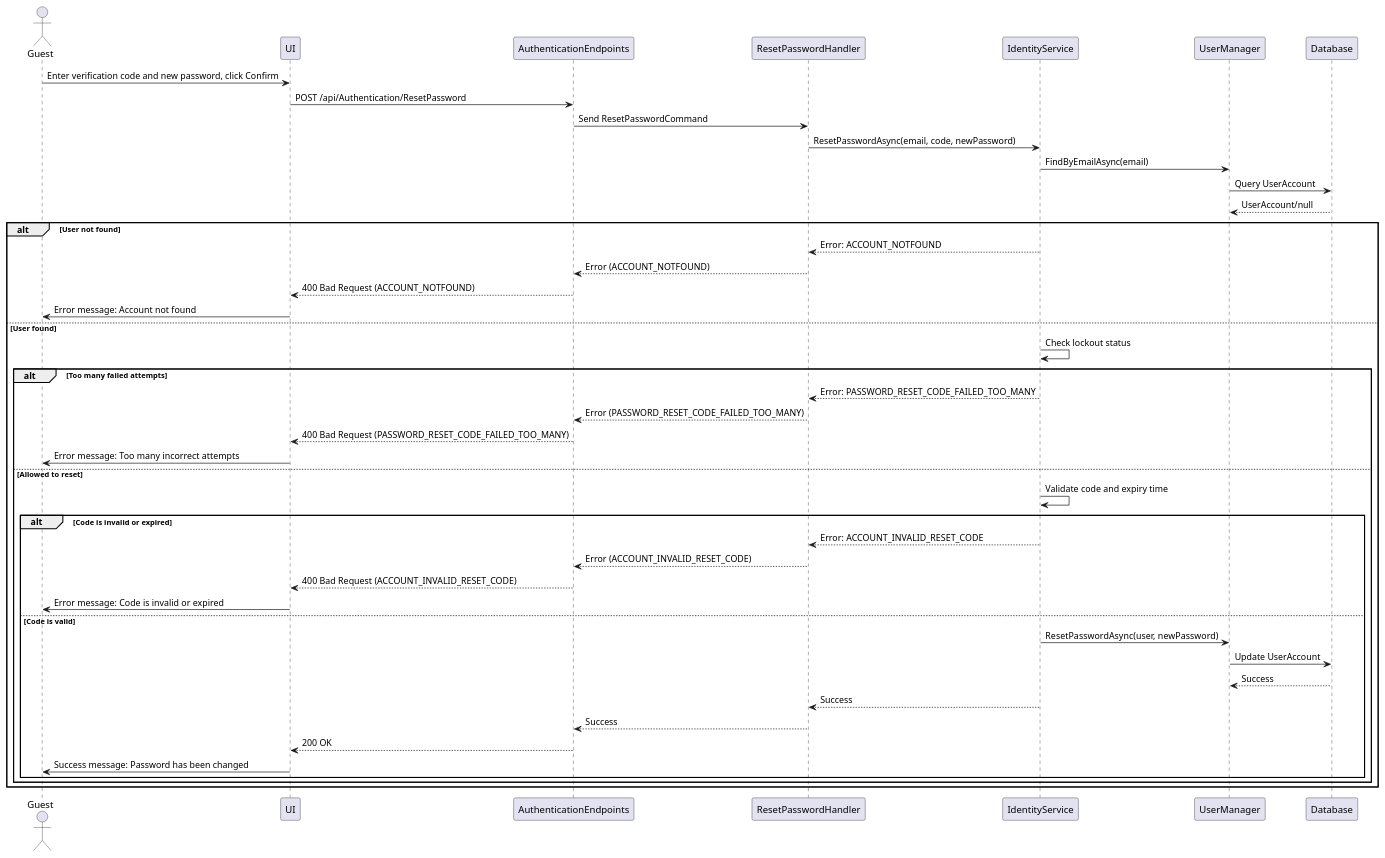
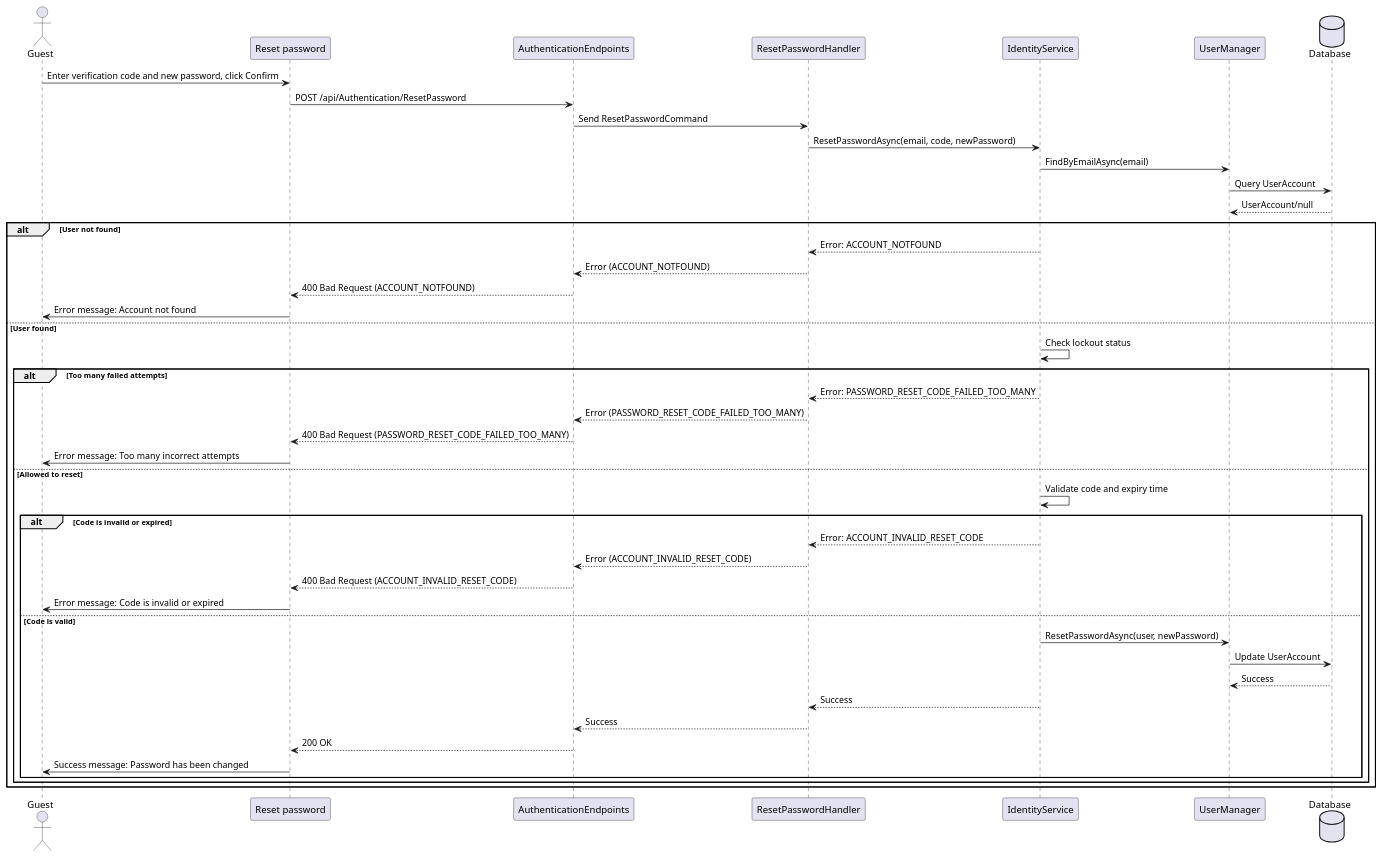
One commit to thanhkhac/SEP_Diagram changed the diagram in authentication/Sequence/09_ResetPassword.puml. Above: the diagram before and after it, drawn with PlantUML. The commit also changed 9 other files, not shown here.

First line of the commit message:
Update authentication sequence diagrams for clarity

```diff
--- a/authentication/Sequence/09_ResetPassword.puml
+++ b/authentication/Sequence/09_ResetPassword.puml
@@ -1,48 +1,48 @@
 @startuml
 actor Guest as User
-participant UI
+participant "Reset password" as UI
 participant AuthenticationEndpoints
 participant ResetPasswordHandler
 participant IdentityService
 participant UserManager
-participant Database
+Database Database
 
 User -> UI : Enter verification code and new password, click Confirm
 UI -> AuthenticationEndpoints : POST /api/Authentication/ResetPassword
 AuthenticationEndpoints -> ResetPasswordHandler : Send ResetPasswordCommand
 ResetPasswordHandler -> IdentityService : ResetPasswordAsync(email, code, newPassword)
 IdentityService -> UserManager : FindByEmailAsync(email)
 UserManager -> Database : Query UserAccount
 Database --> UserManager : UserAccount/null
 
 alt User not found
     IdentityService --> ResetPasswordHandler : Error: ACCOUNT_NOTFOUND
     ResetPasswordHandler --> AuthenticationEndpoints : Error (ACCOUNT_NOTFOUND)
     AuthenticationEndpoints --> UI : 400 Bad Request (ACCOUNT_NOTFOUND)
     UI -> User : Error message: Account not found
 else User found
     IdentityService -> IdentityService : Check lockout status
     alt Too many failed attempts
         IdentityService --> ResetPasswordHandler : Error: PASSWORD_RESET_CODE_FAILED_TOO_MANY
         ResetPasswordHandler --> AuthenticationEndpoints : Error (PASSWORD_RESET_CODE_FAILED_TOO_MANY)
         AuthenticationEndpoints --> UI : 400 Bad Request (PASSWORD_RESET_CODE_FAILED_TOO_MANY)
         UI -> User : Error message: Too many incorrect attempts
     else Allowed to reset
         IdentityService -> IdentityService : Validate code and expiry time
         alt Code is invalid or expired
             IdentityService --> ResetPasswordHandler : Error: ACCOUNT_INVALID_RESET_CODE
             ResetPasswordHandler --> AuthenticationEndpoints : Error (ACCOUNT_INVALID_RESET_CODE)
             AuthenticationEndpoints --> UI : 400 Bad Request (ACCOUNT_INVALID_RESET_CODE)
             UI -> User : Error message: Code is invalid or expired
         else Code is valid
             IdentityService -> UserManager : ResetPasswordAsync(user, newPassword)
             UserManager -> Database : Update UserAccount
             Database --> UserManager : Success
             IdentityService --> ResetPasswordHandler : Success
             ResetPasswordHandler --> AuthenticationEndpoints : Success
             AuthenticationEndpoints --> UI : 200 OK
             UI -> User : Success message: Password has been changed
         end
     end
 end
 @enduml
```
